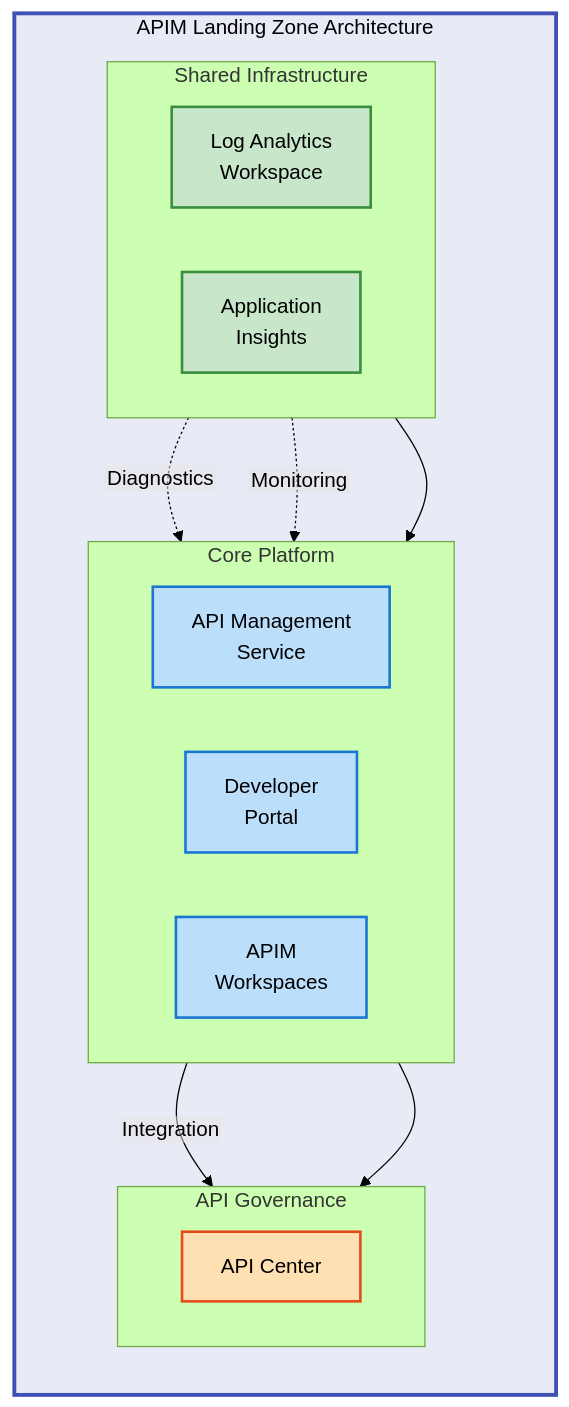
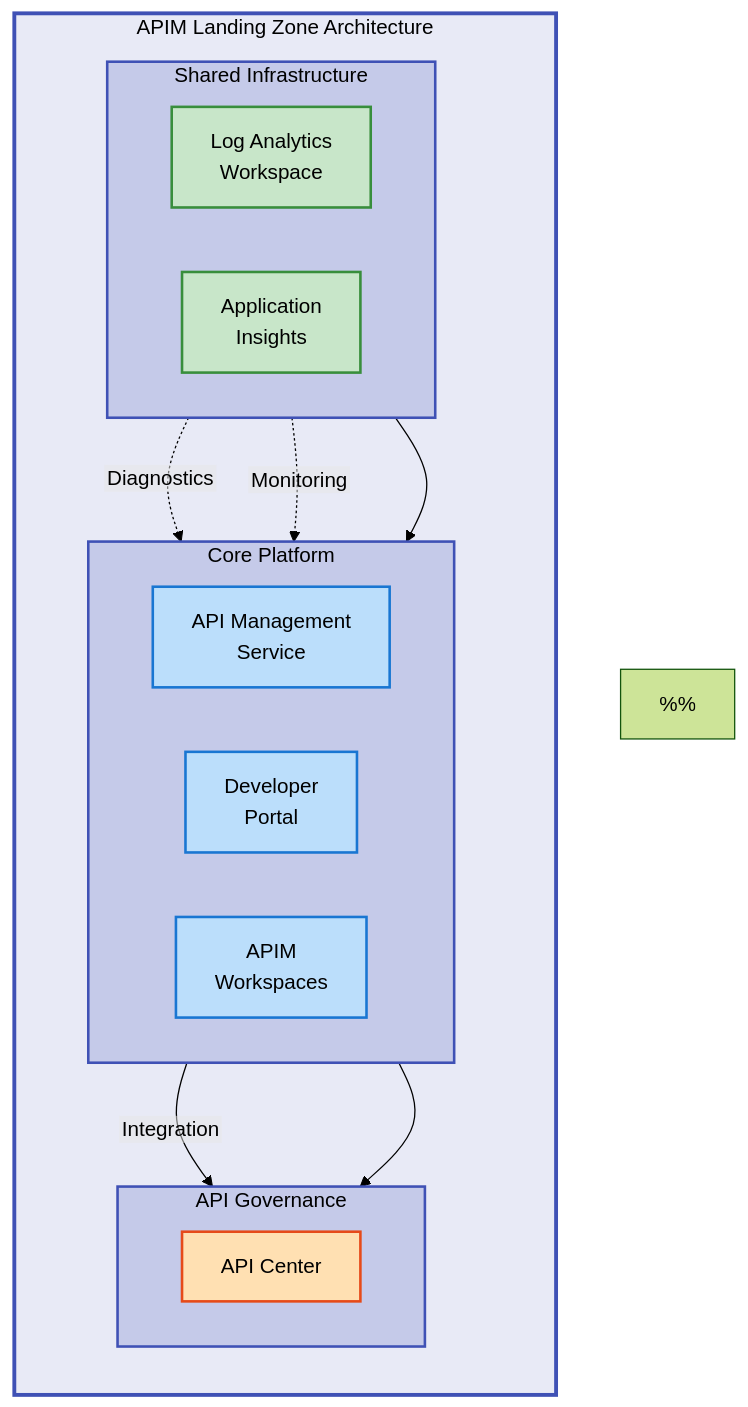
One commit to Evilazaro/APIM-Accelerator changed the diagram in README.md. Above: the diagram before and after it, drawn with Mermaid (forest theme).

Commit message:
Enhance flowchart documentation in README.md with standardized color scheme and detailed color usage notes for improved accessibility and clarity

````diff
--- a/README.md
+++ b/README.md
@@ -37,20 +37,62 @@
 ```mermaid
 %%{init: {"flowchart": {"htmlLabels": false}} }%%
 flowchart TB
+    %% ============================================
+    %% STANDARD COLOR SCHEME - DO NOT MODIFY
+    %% ============================================
+    %% Level 1: Main Groups (Neutral background)
     classDef mainGroup fill:#E8EAF6,stroke:#3F51B5,stroke-width:3px,color:#000
+
+    %% Level 2: Sub Groups
+    classDef subGroup fill:#C5CAE9,stroke:#3F51B5,stroke-width:2px,color:#000
+
+    %% Level 3: Content Nodes (Semantic colors)
     classDef mdBlue fill:#BBDEFB,stroke:#1976D2,stroke-width:2px,color:#000
     classDef mdGreen fill:#C8E6C9,stroke:#388E3C,stroke-width:2px,color:#000
+    classDef mdRed fill:#FFCDD2,stroke:#D32F2F,stroke-width:2px,color:#000
+    classDef mdYellow fill:#FFF9C4,stroke:#F57F17,stroke-width:2px,color:#000
     classDef mdOrange fill:#FFE0B2,stroke:#E64A19,stroke-width:2px,color:#000
+    classDef mdPurple fill:#E1BEE7,stroke:#7B1FA2,stroke-width:2px,color:#000
+    classDef mdTeal fill:#B2DFDB,stroke:#00796B,stroke-width:2px,color:#000
+    classDef mdGrey fill:#F5F5F5,stroke:#616161,stroke-width:2px,color:#000
+    %% ============================================
 
+    %% ============================================
+    %% COLOR SCHEME DOCUMENTATION
+    %% ============================================
+    %% Level 1 (Main Groups): Indigo 50 (#E8EAF6)
+    %%   - Used for: Top-level architecture container
+    %%   - Purpose: Visual separation and hierarchy
+    %%   - Stroke: Indigo 500 (#3F51B5), 3px
+    %%   - Contrast Ratio: 8.2:1 (WCAG AAA compliant)
+    %%
+    %% Level 2 (Sub Groups): Indigo 100 (#C5CAE9)
+    %%   - Used for: Infrastructure, Platform, Governance groups
+    %%   - Purpose: Secondary grouping within main architecture
+    %%   - Stroke: Indigo 500 (#3F51B5), 2px
+    %%   - Contrast Ratio: 6.5:1 (WCAG AAA compliant)
+    %%
+    %% Level 3 (Content Nodes): Material Design semantic colors
+    %%   - Blue (#BBDEFB): Platform components (APIM, Portal)
+    %%     Contrast Ratio: 5.8:1 (WCAG AA compliant)
+    %%   - Green (#C8E6C9): Monitoring/Observability services
+    %%     Contrast Ratio: 6.1:1 (WCAG AA compliant)
+    %%   - Orange (#FFE0B2): Governance/Management services
+    %%     Contrast Ratio: 5.2:1 (WCAG AA compliant)
+    %% ============================================
+
+    %% Main architecture container - Level 1
     subgraph system["APIM Landing Zone Architecture"]
         direction TB
 
+        %% Infrastructure services - Level 2
         subgraph shared["Shared Infrastructure"]
             direction LR
             logAnalytics["Log Analytics<br/>Workspace"]:::mdGreen
             appInsights["Application<br/>Insights"]:::mdGreen
         end
 
+        %% Core platform services - Level 2
         subgraph core["Core Platform"]
             direction LR
             apim["API Management<br/>Service"]:::mdBlue
@@ -58,18 +100,23 @@
             workspaces["APIM<br/>Workspaces"]:::mdBlue
         end
 
+        %% Governance layer - Level 2
         subgraph inventory["API Governance"]
             direction LR
             apiCenter["API Center"]:::mdOrange
         end
 
+        %% Deployment dependencies: Shared → Core → Governance
         shared --> core
         core --> inventory
 
+        %% Monitoring integrations (dotted = telemetry flow)
         logAnalytics -.->|Diagnostics| apim
         appInsights -.->|Monitoring| apim
         apim -->|Integration| apiCenter
     end
 
+    %% Apply hierarchical color scheme
     class system mainGroup
+    class shared,core,inventory subGroup
 ```
````
